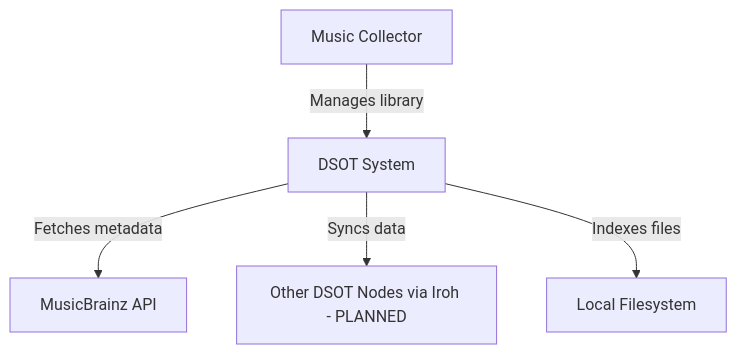
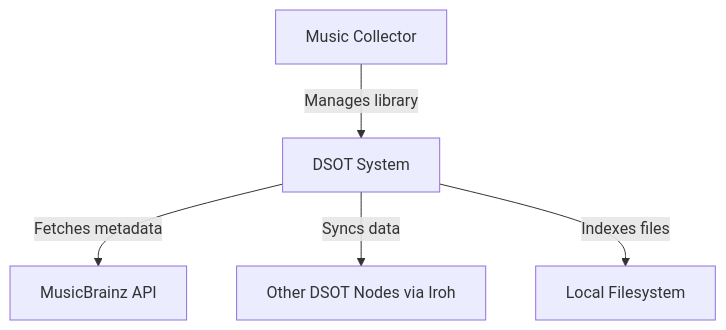
The diagram in docs/architecture/L1-context.md (Davidblkx/dsot), drawn with Mermaid before and after one commit. The commit also changed other lines of this file and 8 other files, not shown here.

First line of the commit message:
Document network and serialization architecture

````diff
--- a/docs/architecture/L1-context.md
+++ b/docs/architecture/L1-context.md
@@ -27,13 +27,13 @@
 ```mermaid
 graph TD
     User[Music Collector]
     DSOT[DSOT System]
     MB[MusicBrainz API]
-    P2P[Other DSOT Nodes via Iroh - PLANNED]
+    P2P[Other DSOT Nodes via Iroh]
     FS[Local Filesystem]
 
     User -->|Manages library| DSOT
     DSOT -->|Fetches metadata| MB
     DSOT -->|Syncs data| P2P
     DSOT -->|Indexes files| FS
 ```
````
